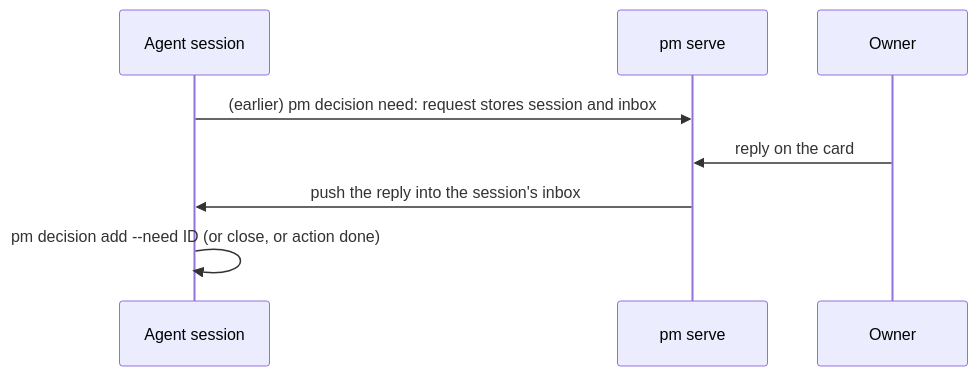
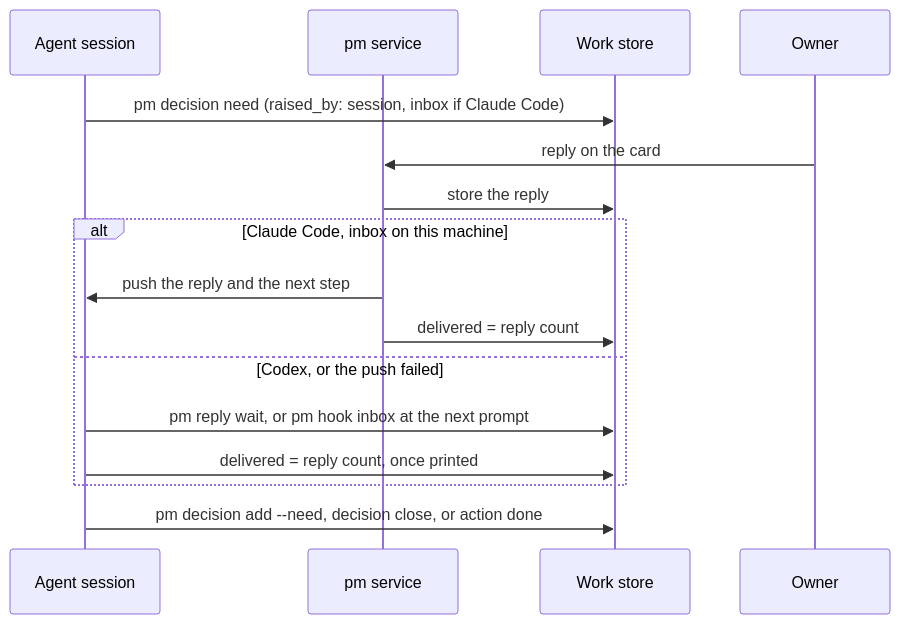
The diagram in design/reply-delivery.md (Yeeef/pm), drawn with Mermaid before and after one commit. The commit also changed other lines of this file and 3 other files, not shown here.

Commit message:
Design pages: reply delivery, session claims and the owner-request hook hold the Codex state; pm in Codex summarizes each area and links its page

````diff
--- a/design/reply-delivery.md
+++ b/design/reply-delivery.md
@@ -141,10 +82,18 @@
 ```mermaid
 sequenceDiagram
-  participant Agent as Agent session
-  participant Serve as pm serve
-  participant Owner
-  Agent->>Serve: (earlier) pm decision need: request stores session and inbox
-  Owner->>Serve: reply on the card
-  Serve->>Agent: push the reply into the session's inbox
-  Agent->>Agent: pm decision add --need ID (or close, or action done)
+  participant A as Agent session
+  participant S as pm service
+  participant W as Work store
+  participant O as Owner
+  A->>W: pm decision need (raised_by: session, inbox if Claude Code)
+  O->>S: reply on the card
+  S->>W: store the reply
+  alt Claude Code, inbox on this machine
+    S->>A: push the reply and the next step
+    S->>W: delivered = reply count
+  else Codex, or the push failed
+    A->>W: pm reply wait, or pm hook inbox at the next prompt
+    A->>W: delivered = reply count, once printed
+  end
+  A->>W: pm decision add --need, decision close, or action done
 ```
````
